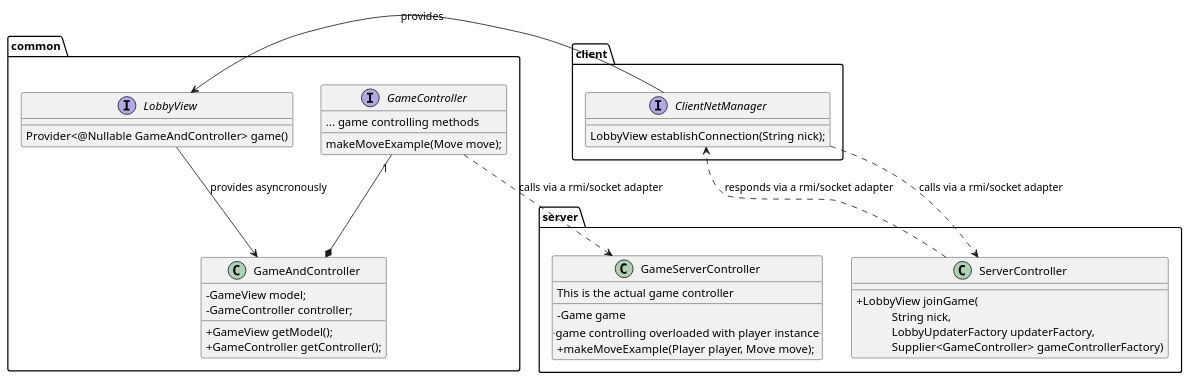
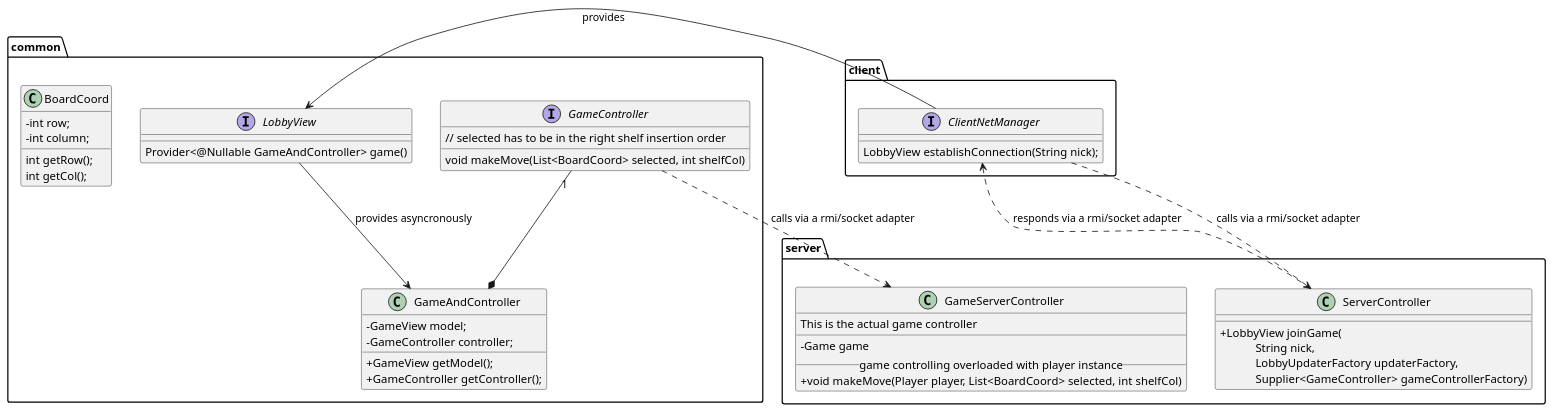
Before and after one commit to Furrrlo/my-shelfie: the diagram in docs/controller.puml, drawn with PlantUML. The commit also changed 2 other files, not shown here.

Commit message:
modified controller.puml, added model client uml

```diff
--- a/docs/controller.puml
+++ b/docs/controller.puml
@@ -1,54 +1,63 @@
 @startuml
 skinparam classAttributeIconSize 0
 
 package common {
     interface LobbyView {
         Provider<@Nullable GameAndController> game()
     }
 
     LobbyView --> GameAndController : provides asyncronously
     class GameAndController {
         - GameView model;
         - GameController controller;
 
         + GameView getModel();
         + GameController getController();
     }
 
     GameController "1" --* GameAndController
     interface GameController {
-        ... game controlling methods
-        makeMoveExample(Move move);
+        // selected has to be in the right shelf insertion order
+        void makeMove(List<BoardCoord> selected, int shelfCol)
     }
+
+    class BoardCoord {
+        - int row;
+        - int column;
+
+        int getRow();
+        int getCol();
+    } 
+
 }
 
 package server {
     class ServerController {
         + LobbyView joinGame( \n\
             String nick, \n\
             LobbyUpdaterFactory updaterFactory, \n\
             Supplier<GameController> gameControllerFactory)
     }
 
     class GameServerController {
         This is the actual game controller
         __
         - Game game
         __ game controlling overloaded with player instance __
-        + makeMoveExample(Player player, Move move);
+        + void makeMove(Player player, List<BoardCoord> selected, int shelfCol)
     }
 }
 
 package client {
     interface ClientNetManager {
         LobbyView establishConnection(String nick);
     }
 
     ClientNetManager --> LobbyView : provides
 }
 
 ClientNetManager ..> ServerController : calls via a rmi/socket adapter
 ServerController ..> ClientNetManager : responds via a rmi/socket adapter
 GameController ..> GameServerController : calls via a rmi/socket adapter
 
 @enduml
```
